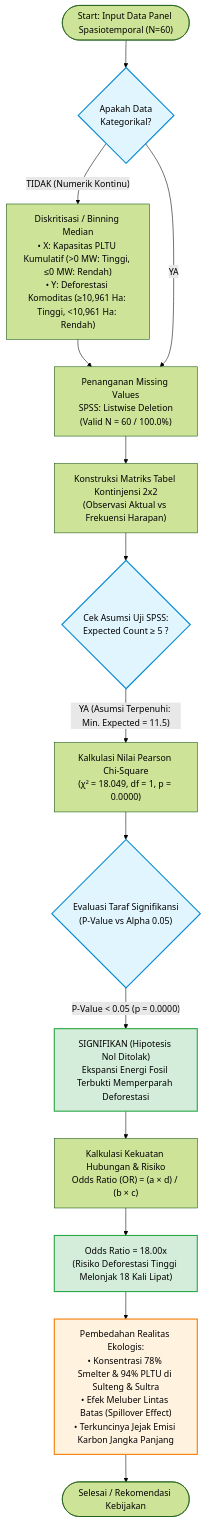
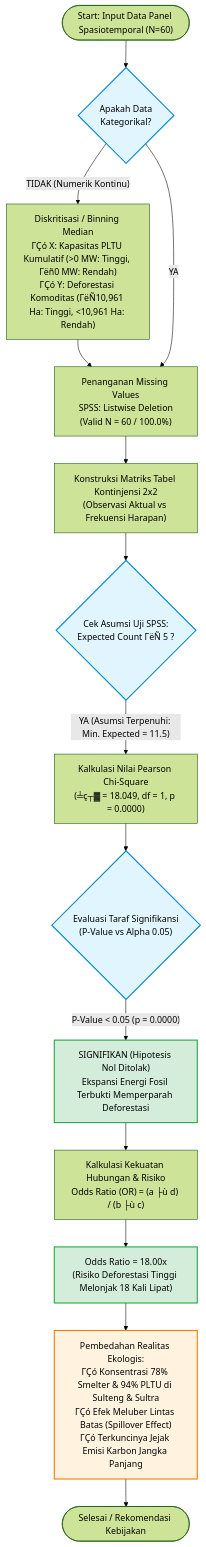
Before and after one commit to HenryAi-SIBERMU/ECC: the fourth of 4 diagrams in tools/report_metodologi/Metodologi_Bab1_Ekspansi_Industri.md, drawn with Mermaid (forest theme). The commit also changed other lines of this file and 54 other files, not shown here.

````diff
--- a/tools/report_metodologi/Metodologi_Bab1_Ekspansi_Industri.md
+++ b/tools/report_metodologi/Metodologi_Bab1_Ekspansi_Industri.md
@@ -291,36 +291,36 @@
 ```mermaid
 flowchart TD
     A(["Start: Input Data Panel Spasiotemporal (N=60)"]) --> B{"Apakah Data<br/>Kategorikal?"}
     
-    B -- TIDAK (Numerik Kontinu) --> C["Diskritisasi / Binning Median<br/>• X: Kapasitas PLTU Kumulatif (>0 MW: Tinggi, ≤0 MW: Rendah)<br/>• Y: Deforestasi Komoditas (≥10,961 Ha: Tinggi, <10,961 Ha: Rendah)"]
+    B -- TIDAK (Numerik Kontinu) --> C["Diskritisasi / Binning Median<br/>ΓÇó X: Kapasitas PLTU Kumulatif (>0 MW: Tinggi, Γëñ0 MW: Rendah)<br/>ΓÇó Y: Deforestasi Komoditas (ΓëÑ10,961 Ha: Tinggi, <10,961 Ha: Rendah)"]
     C --> D
     
     B -- YA --> D["Penanganan Missing Values<br/>SPSS: Listwise Deletion<br/>(Valid N = 60 / 100.0%)"]
     
     D --> E["Konstruksi Matriks Tabel Kontinjensi 2x2<br/>(Observasi Aktual vs Frekuensi Harapan)"]
     
-    E --> F{"Cek Asumsi Uji SPSS:<br/>Expected Count ≥ 5 ?"}
+    E --> F{"Cek Asumsi Uji SPSS:<br/>Expected Count ΓëÑ 5 ?"}
     
-    F -- YA (Asumsi Terpenuhi: Min. Expected = 11.5) --> I["Kalkulasi Nilai Pearson Chi-Square<br/>(χ² = 18.049, df = 1, p = 0.0000)"]
+    F -- YA (Asumsi Terpenuhi: Min. Expected = 11.5) --> I["Kalkulasi Nilai Pearson Chi-Square<br/>(╧ç┬▓ = 18.049, df = 1, p = 0.0000)"]
     
     I --> J{"Evaluasi Taraf Signifikansi<br/>(P-Value vs Alpha 0.05)"}
     
     J -- P-Value < 0.05 (p = 0.0000) --> M["SIGNIFIKAN (Hipotesis Nol Ditolak)<br/>Ekspansi Energi Fosil Terbukti Memperparah Deforestasi"]
     
-    M --> N["Kalkulasi Kekuatan Hubungan & Risiko<br/>Odds Ratio (OR) = (a × d) / (b × c)"]
+    M --> N["Kalkulasi Kekuatan Hubungan & Risiko<br/>Odds Ratio (OR) = (a ├ù d) / (b ├ù c)"]
     
     N --> O2["Odds Ratio = 18.00x<br/>(Risiko Deforestasi Tinggi Melonjak 18 Kali Lipat)"]
     
-    O2 --> P["Pembedahan Realitas Ekologis:<br/>• Konsentrasi 78% Smelter & 94% PLTU di Sulteng & Sultra<br/>• Efek Meluber Lintas Batas (Spillover Effect)<br/>• Terkuncinya Jejak Emisi Karbon Jangka Panjang"]
+    O2 --> P["Pembedahan Realitas Ekologis:<br/>ΓÇó Konsentrasi 78% Smelter & 94% PLTU di Sulteng & Sultra<br/>ΓÇó Efek Meluber Lintas Batas (Spillover Effect)<br/>ΓÇó Terkuncinya Jejak Emisi Karbon Jangka Panjang"]
     
     P --> Z(["Selesai / Rekomendasi Kebijakan"])
 
     classDef warning fill:#ffcccb,stroke:#ff0000,stroke-width:2px;
     classDef success fill:#d4edda,stroke:#28a745,stroke-width:2px;
     classDef process fill:#e1f5fe,stroke:#0288d1,stroke-width:2px;
     classDef highlight fill:#fff3e0,stroke:#f57c00,stroke-width:2px;
     
     class B,F,J process;
     class M,O2 success;
     class P highlight;
 ```
````
